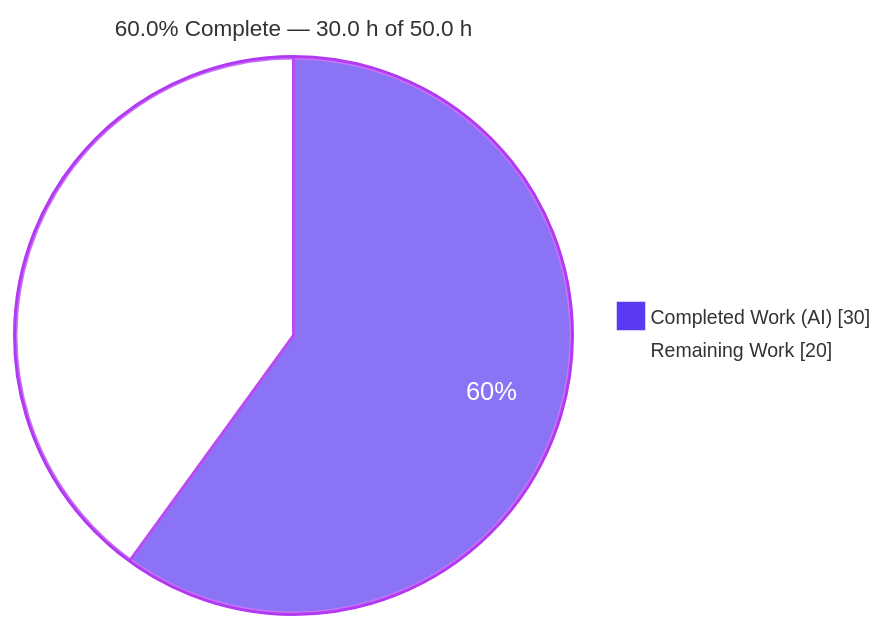
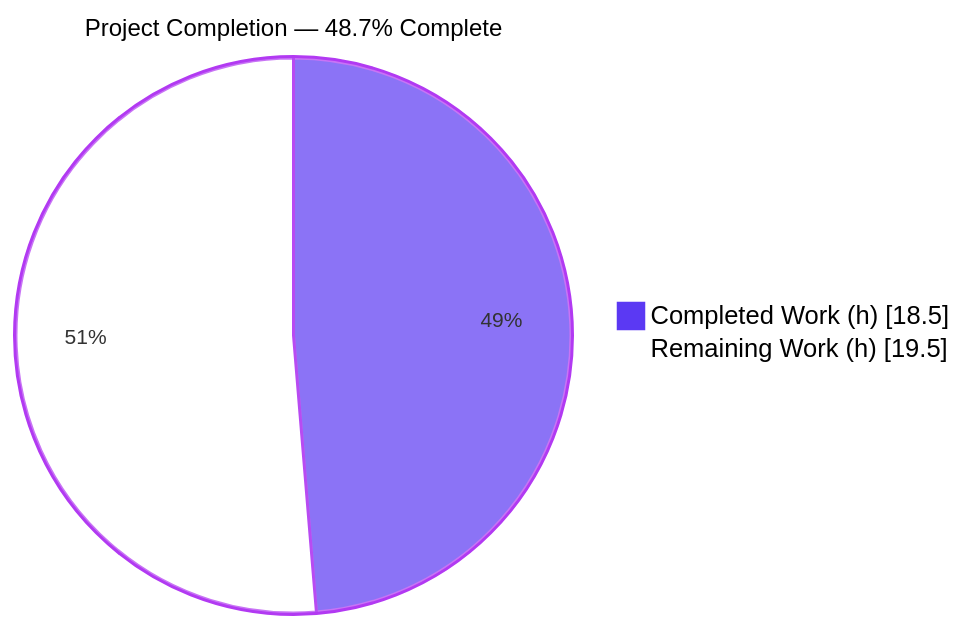
One commit to blitzy-public-samples/hello-world2-0r6b4x changed the first of 4 diagrams in blitzy/documentation/Project Guide.md. Above: the diagram before and after it, drawn with Mermaid. The commit also changed other lines of this file, not shown here.

Commit message:
Adding Blitzy Project Guide: Project Status and Human Tasks Remaining

````diff
--- a/blitzy/documentation/Project Guide.md
+++ b/blitzy/documentation/Project Guide.md
@@ -22,6 +9,6 @@
 ```mermaid
-%%{init: {"theme":"base","themeVariables":{"pie1":"#5B39F3","pie2":"#FFFFFF","pieStrokeColor":"#B23AF2","pieStrokeWidth":"2px","pieOuterStrokeColor":"#B23AF2","pieOuterStrokeWidth":"2px","pieSectionTextColor":"#FFFFFF","pieTitleTextSize":"15px","pieLegendTextSize":"13px"}}}%%
-pie showData title 60.0% Complete — 30.0 h of 50.0 h
-    "Completed Work (AI)" : 30
-    "Remaining Work" : 20
+%%{init: {"themeVariables": {"pie1": "#5B39F3", "pie2": "#FFFFFF", "pieStrokeColor": "#B23AF2", "pieStrokeWidth": "2px", "pieOuterStrokeColor": "#B23AF2", "pieTitleTextSize": "16px", "pieSectionTextSize": "14px"}}}%%
+pie showData title Project Completion — 48.7% Complete
+    "Completed Work (h)" : 18.5
+    "Remaining Work (h)" : 19.5
 ```
````
